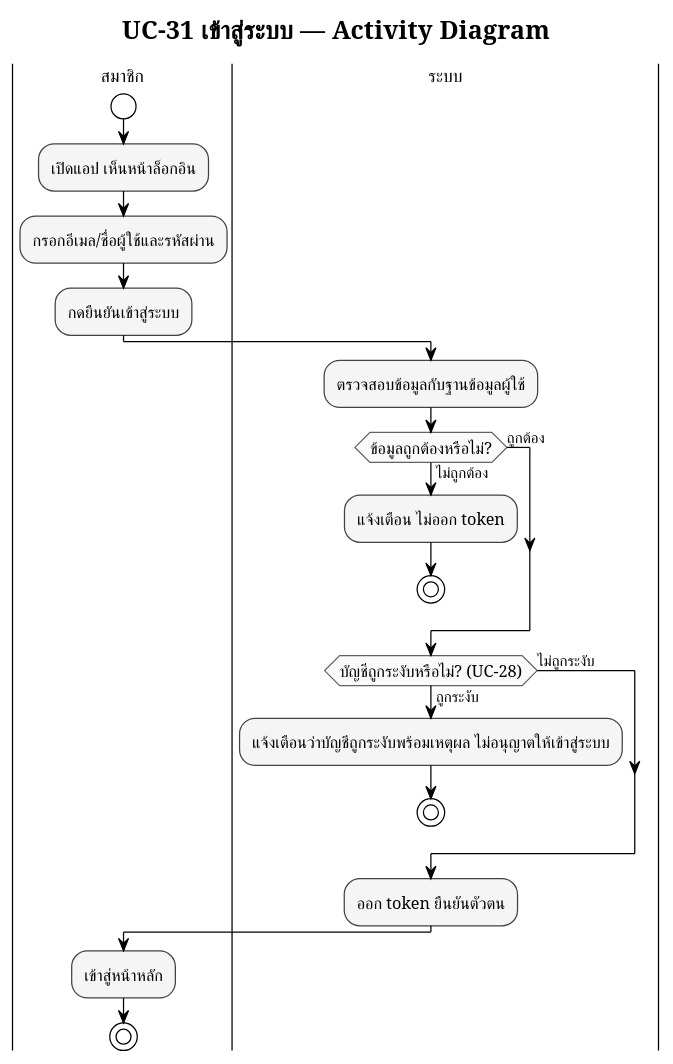
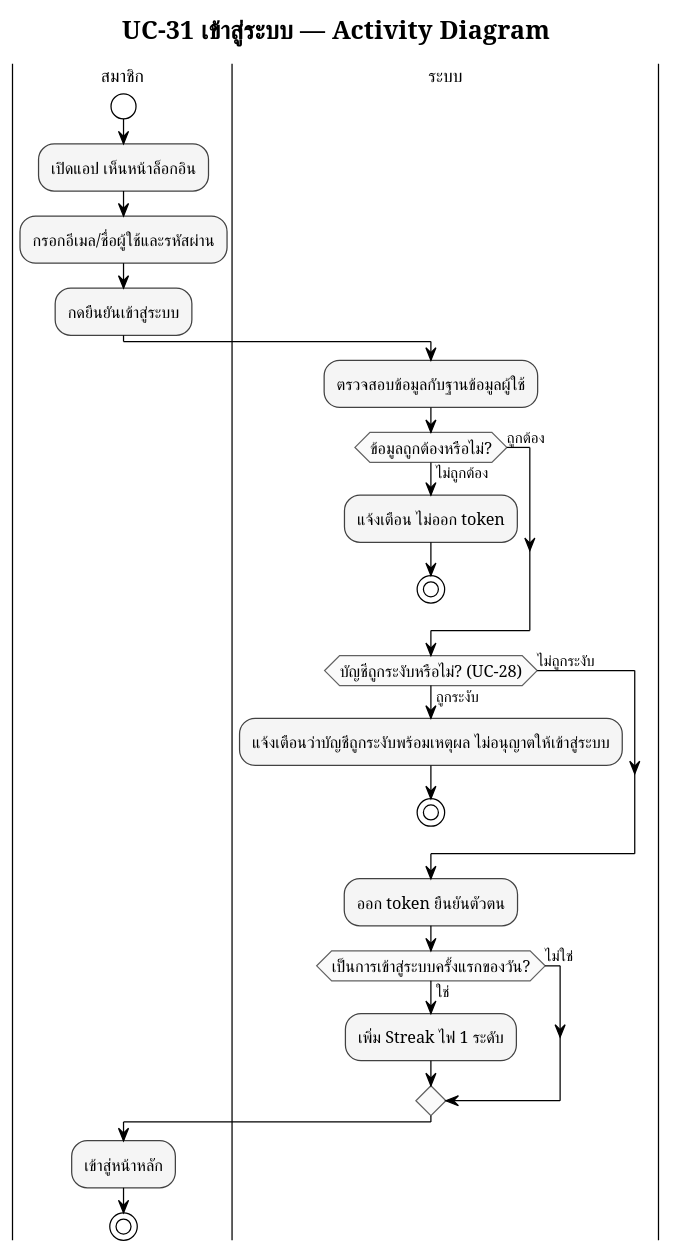
One commit to popotaroman-cloud/dssiprj-pad changed the diagram in proposal/usecase/activity_module1_uc31.puml. Above: the diagram before and after it, drawn with PlantUML. The commit also changed 23 other files, not shown here.

Commit message:
แก้ usecase_description,usecase_activity,usecase_diagram,usecase_description,ui_state_diadgram

```diff
--- a/proposal/usecase/activity_module1_uc31.puml
+++ b/proposal/usecase/activity_module1_uc31.puml
@@ -1,54 +1,58 @@
 @startuml M1_activity_เข้าสู่ระบบ
 !pragma layout smetana
 skinparam defaultFontName "TH Sarabun New"
 skinparam defaultFontSize 14
 
 !theme plain
 skinparam titleFontName "TH Sarabun New"
 skinparam titleFontSize 20
 skinparam noteFontName "TH Sarabun New"
 skinparam ArrowFontName "TH Sarabun New"
 skinparam ArrowFontSize 12
 skinparam swimlaneTitleFontName "TH Sarabun New"
 skinparam swimlaneTitleFontSize 14
 
 skinparam activity {
   BackgroundColor #F5F5F5
   BorderColor #424242
   FontName "TH Sarabun New"
   FontSize 13
   DiamondBackgroundColor #FAFAFA
   DiamondBorderColor #616161
 }
 
 title UC-31 เข้าสู่ระบบ — Activity Diagram
 
 |สมาชิก|
 start
 :เปิดแอป เห็นหน้าล็อกอิน;
 :กรอกอีเมล/ชื่อผู้ใช้และรหัสผ่าน;
 :กดยืนยันเข้าสู่ระบบ;
 
 |ระบบ|
 :ตรวจสอบข้อมูลกับฐานข้อมูลผู้ใช้;
 
 if (ข้อมูลถูกต้องหรือไม่?) then (ไม่ถูกต้อง)
   :แจ้งเตือน ไม่ออก token;
   stop
 else (ถูกต้อง)
 endif
 
 if (บัญชีถูกระงับหรือไม่? (UC-28)) then (ถูกระงับ)
   :แจ้งเตือนว่าบัญชีถูกระงับพร้อมเหตุผล ไม่อนุญาตให้เข้าสู่ระบบ;
   stop
 else (ไม่ถูกระงับ)
 endif
 
 :ออก token ยืนยันตัวตน;
+if (เป็นการเข้าสู่ระบบครั้งแรกของวัน?) then (ใช่)
+  :เพิ่ม Streak ไฟ 1 ระดับ;
+else (ไม่ใช่)
+endif
 
 |สมาชิก|
 :เข้าสู่หน้าหลัก;
 
 stop
 
 @enduml
```
